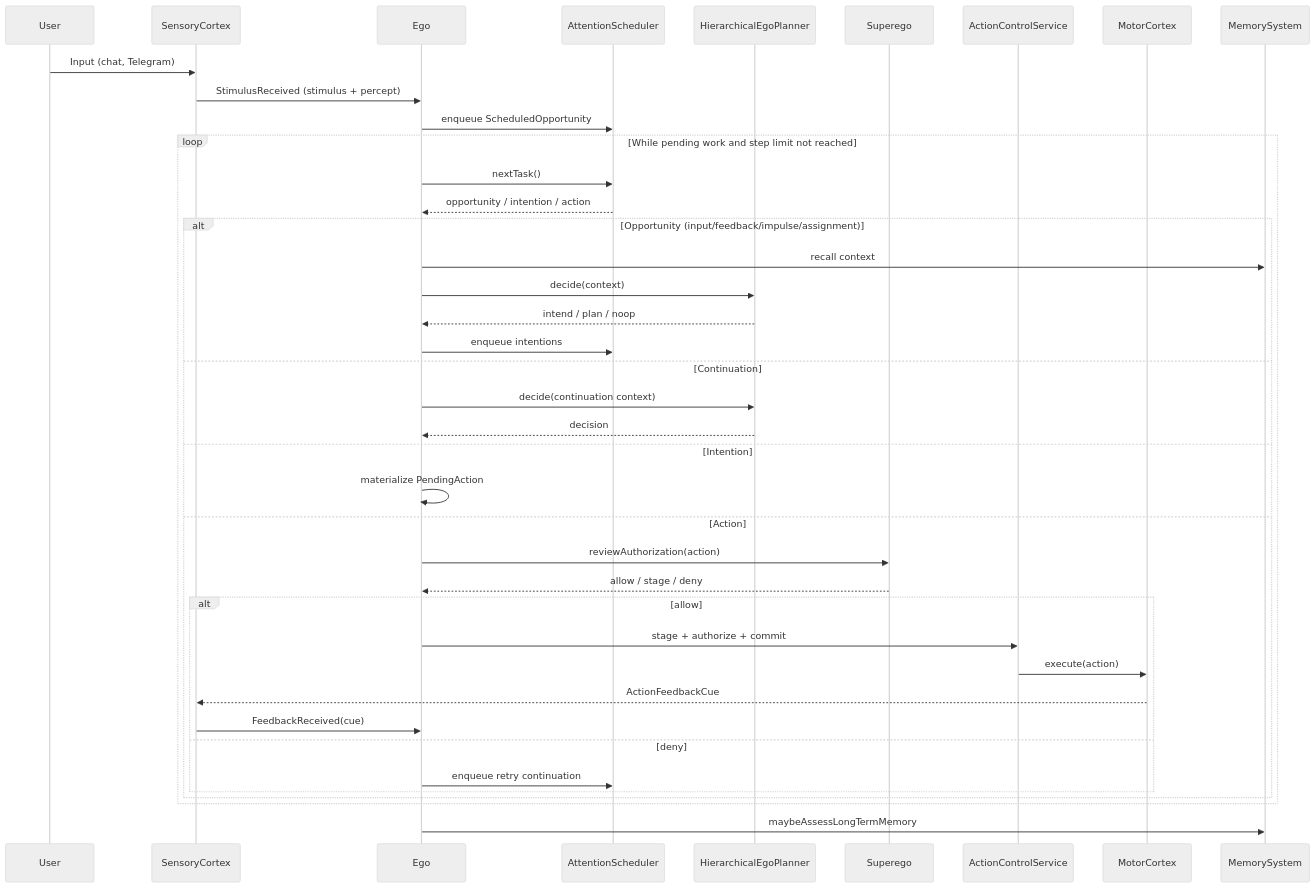
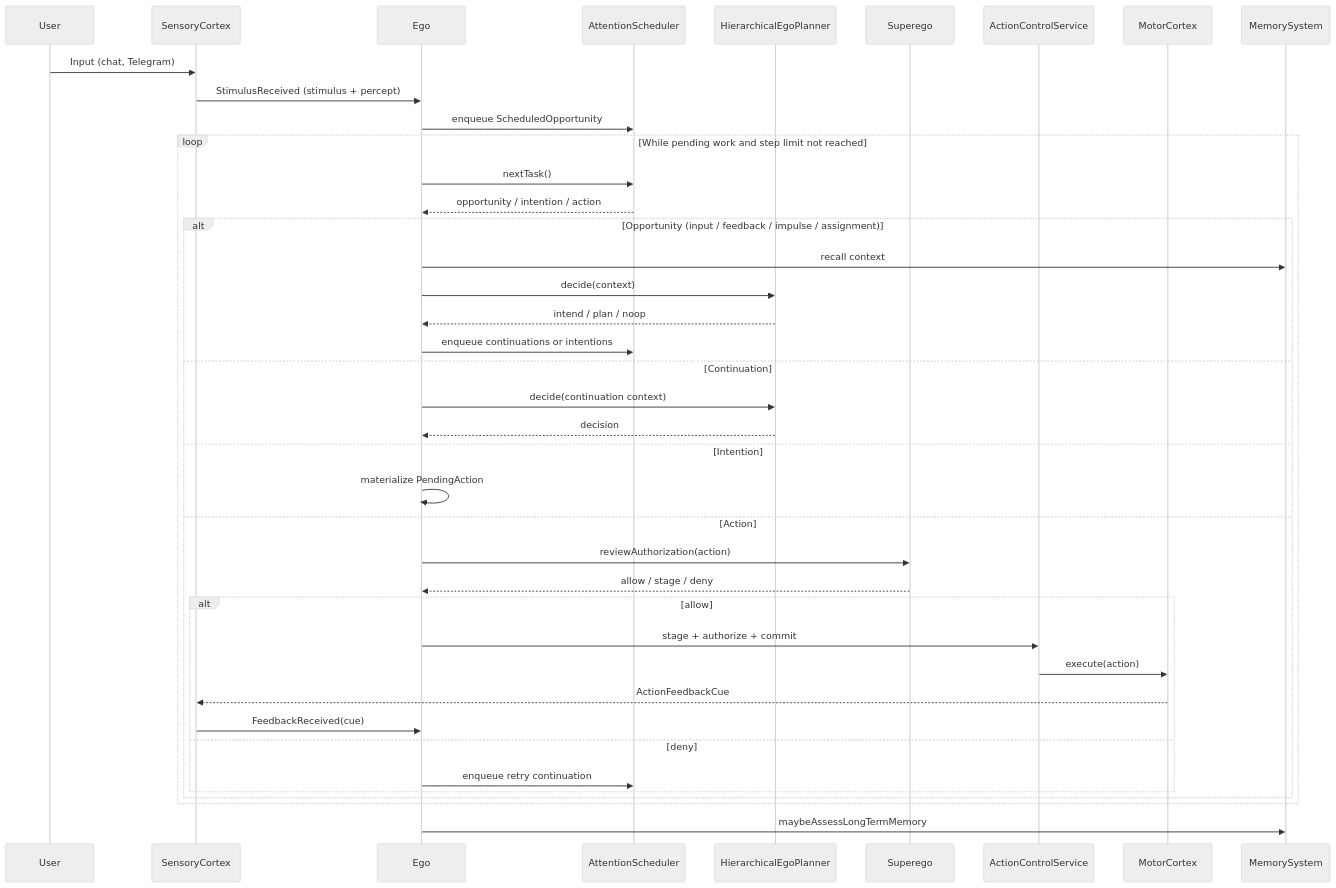
The second of 2 diagrams in AGENT_LOGIC_DIAGRAM.md (neopsyke/NeoPsyke), drawn with Mermaid (neutral theme) before and after one commit. The commit also changed other lines of this file and 8 other files, not shown here.

Commit message:
docs(agent-logic): split runtime diagram set

````diff
--- a/AGENT_LOGIC_DIAGRAM.md
+++ b/AGENT_LOGIC_DIAGRAM.md
@@ -171,46 +36,46 @@
 ```mermaid
 sequenceDiagram
     participant User
     participant SC as SensoryCortex
     participant Ego
     participant Sched as AttentionScheduler
     participant Planner as HierarchicalEgoPlanner
     participant Sup as Superego
     participant ACS as ActionControlService
     participant Motor as MotorCortex
     participant Mem as MemorySystem
 
     User->>SC: Input (chat, Telegram)
     SC->>Ego: StimulusReceived (stimulus + percept)
     Ego->>Sched: enqueue ScheduledOpportunity
 
     loop While pending work and step limit not reached
         Ego->>Sched: nextTask()
         Sched-->>Ego: opportunity / intention / action
 
-        alt Opportunity (input/feedback/impulse/assignment)
+        alt Opportunity (input / feedback / impulse / assignment)
             Ego->>Mem: recall context
             Ego->>Planner: decide(context)
             Planner-->>Ego: intend / plan / noop
-            Ego->>Sched: enqueue intentions
+            Ego->>Sched: enqueue continuations or intentions
         else Continuation
             Ego->>Planner: decide(continuation context)
             Planner-->>Ego: decision
         else Intention
             Ego->>Ego: materialize PendingAction
         else Action
             Ego->>Sup: reviewAuthorization(action)
             Sup-->>Ego: allow / stage / deny
             alt allow
                 Ego->>ACS: stage + authorize + commit
                 ACS->>Motor: execute(action)
                 Motor-->>SC: ActionFeedbackCue
                 SC->>Ego: FeedbackReceived(cue)
             else deny
                 Ego->>Sched: enqueue retry continuation
             end
         end
     end
 
     Ego->>Mem: maybeAssessLongTermMemory
 ```
````
